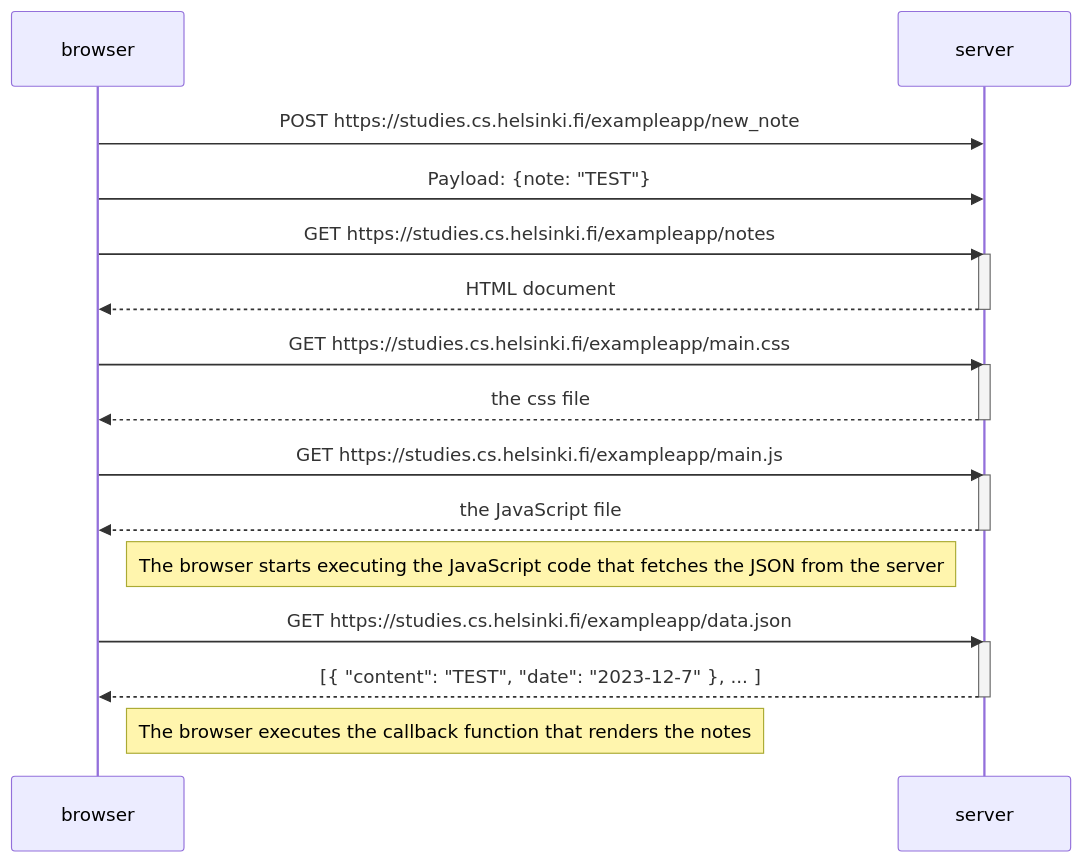
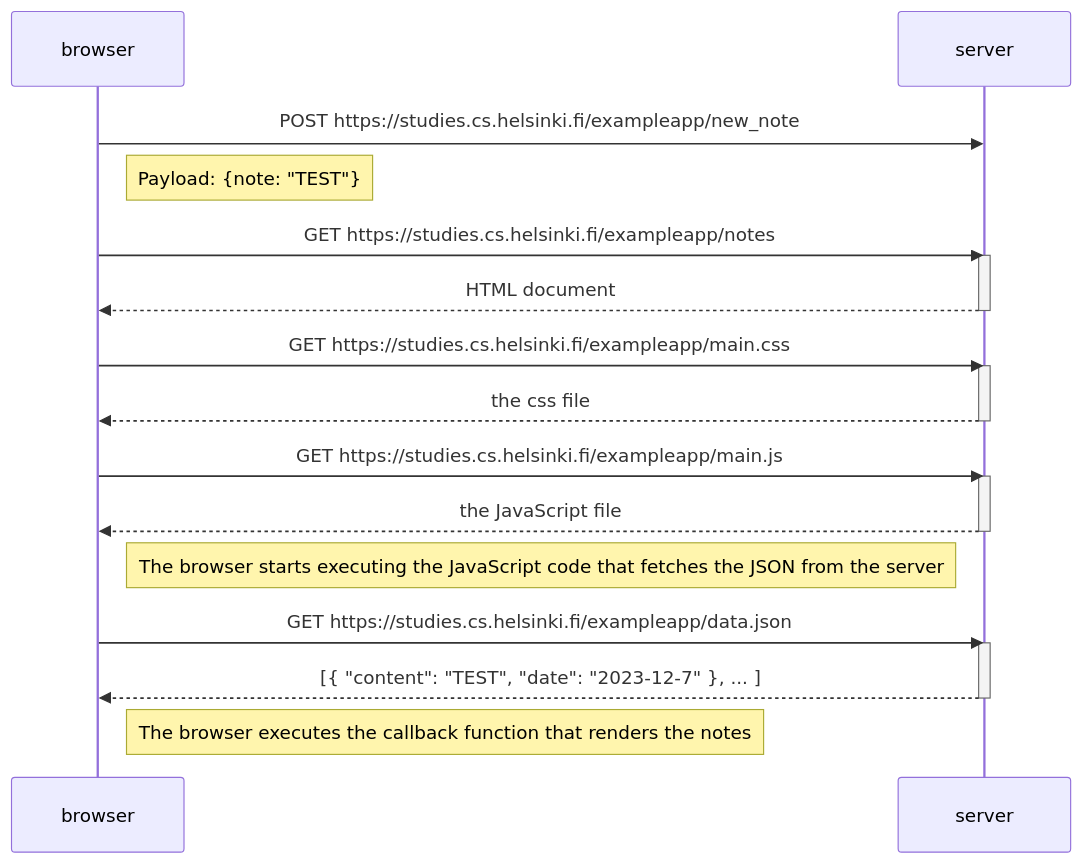
One commit to E-Soubliere/FullStackOpenExercises changed the diagram in part0/04.md. Above: the diagram before and after it, drawn with Mermaid.

````diff
--- a/part0/04.md
+++ b/part0/04.md
@@ -1,32 +1,32 @@
 ```mermaid
 sequenceDiagram
     participant browser
     participant server
 
     browser->>server: POST https://studies.cs.helsinki.fi/exampleapp/new_note
-    browser->>server: Payload: {note: "TEST"}
+    note right of browser: Payload: {note: "TEST"}
 
     browser->>server: GET https://studies.cs.helsinki.fi/exampleapp/notes
     activate server
     server-->>browser: HTML document
     deactivate server
 
     browser->>server: GET https://studies.cs.helsinki.fi/exampleapp/main.css
     activate server
     server-->>browser: the css file
     deactivate server
 
     browser->>server: GET https://studies.cs.helsinki.fi/exampleapp/main.js
     activate server
     server-->>browser: the JavaScript file
     deactivate server
 
     Note right of browser: The browser starts executing the JavaScript code that fetches the JSON from the server
 
     browser->>server: GET https://studies.cs.helsinki.fi/exampleapp/data.json
     activate server
     server-->>browser: [{ "content": "TEST", "date": "2023-12-7" }, ... ]
     deactivate server
 
     Note right of browser: The browser executes the callback function that renders the notes
 ```
````
